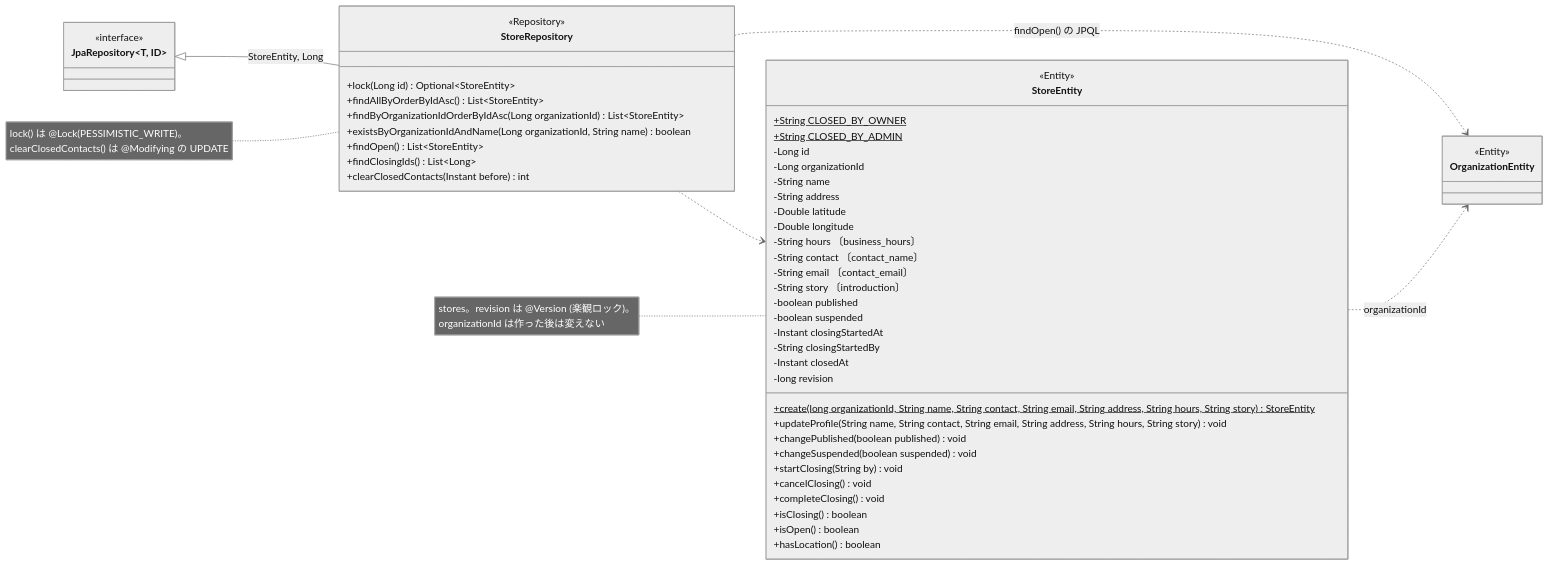
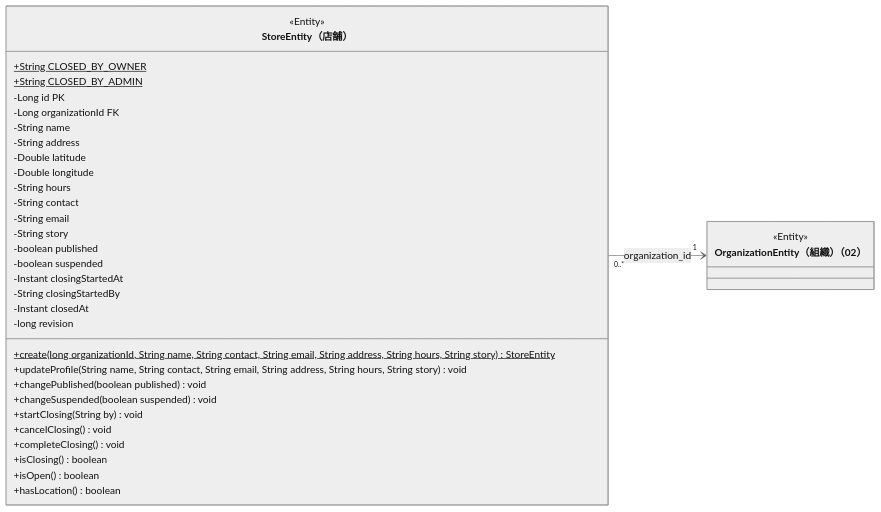
Before and after one commit to abeouga/kusakari-document: the second of 14 diagrams in クラス図/kusakari-ec/03_商品カタログ.md, drawn with Mermaid (neutral theme). The commit also changed other lines of this file and 87 other files, not shown here.

Commit message:
EC のクラス図に全体図を足し、詳細図をデータとモジュールの図に分けて書き直す

````diff
--- a/クラス図/kusakari-ec/03_商品カタログ.md
+++ b/クラス図/kusakari-ec/03_商品カタログ.md
@@ -146,59 +155,40 @@
 ```mermaid
 classDiagram
-  direction LR
-  class StoreEntity {
-    <<Entity>>
-    +String CLOSED_BY_OWNER$
-    +String CLOSED_BY_ADMIN$
-    -Long id
-    -Long organizationId
-    -String name
-    -String address
-    -Double latitude
-    -Double longitude
-    -String hours 〔business_hours〕
-    -String contact 〔contact_name〕
-    -String email 〔contact_email〕
-    -String story 〔introduction〕
-    -boolean published
-    -boolean suspended
-    -Instant closingStartedAt
-    -String closingStartedBy
-    -Instant closedAt
-    -long revision
-    +create(long organizationId, String name, String contact, String email, String address, String hours, String story)$ StoreEntity
-    +updateProfile(String name, String contact, String email, String address, String hours, String story) void
-    +changePublished(boolean published) void
-    +changeSuspended(boolean suspended) void
-    +startClosing(String by) void
-    +cancelClosing() void
-    +completeClosing() void
-    +isClosing() boolean
-    +isOpen() boolean
-    +hasLocation() boolean
-  }
-  class StoreRepository {
-    <<Repository>>
-    +lock(Long id) Optional~StoreEntity~
-    +findAllByOrderByIdAsc() List~StoreEntity~
-    +findByOrganizationIdOrderByIdAsc(Long organizationId) List~StoreEntity~
-    +existsByOrganizationIdAndName(Long organizationId, String name) boolean
-    +findOpen() List~StoreEntity~
-    +findClosingIds() List~Long~
-    +clearClosedContacts(Instant before) int
-  }
-  class JpaRepository~T, ID~ {
-    <<interface>>
-  }
-  class OrganizationEntity {
-    <<Entity>>
-  }
+    direction LR
+    class StoreEntity["StoreEntity（店舗）"] {
+        <<Entity>>
+        +String CLOSED_BY_OWNER$
+        +String CLOSED_BY_ADMIN$
+        -Long id PK
+        -Long organizationId FK
+        -String name
+        -String address
+        -Double latitude
+        -Double longitude
+        -String hours
+        -String contact
+        -String email
+        -String story
+        -boolean published
+        -boolean suspended
+        -Instant closingStartedAt
+        -String closingStartedBy
+        -Instant closedAt
+        -long revision
+        +create(long organizationId, String name, String contact, String email, String address, String hours, String story)$ StoreEntity
+        +updateProfile(String name, String contact, String email, String address, String hours, String story) void
+        +changePublished(boolean published) void
+        +changeSuspended(boolean suspended) void
+        +startClosing(String by) void
+        +cancelClosing() void
+        +completeClosing() void
+        +isClosing() boolean
+        +isOpen() boolean
+        +hasLocation() boolean
+    }
+    class OrganizationEntity["OrganizationEntity（組織）（02）"] {
+        <<Entity>>
+    }
 
-  JpaRepository <|-- StoreRepository : StoreEntity, Long
-  StoreRepository ..> StoreEntity
-  StoreRepository ..> OrganizationEntity : findOpen() の JPQL
-  StoreEntity ..> OrganizationEntity : organizationId
-
-  note for StoreEntity "stores。revision は @Version (楽観ロック)。<br/>organizationId は作った後は変えない"
-  note for StoreRepository "lock() は @Lock(PESSIMISTIC_WRITE)。<br/>clearClosedContacts() は @Modifying の UPDATE"
+    StoreEntity "0..*" --> "1" OrganizationEntity : organization_id
 ```
````
